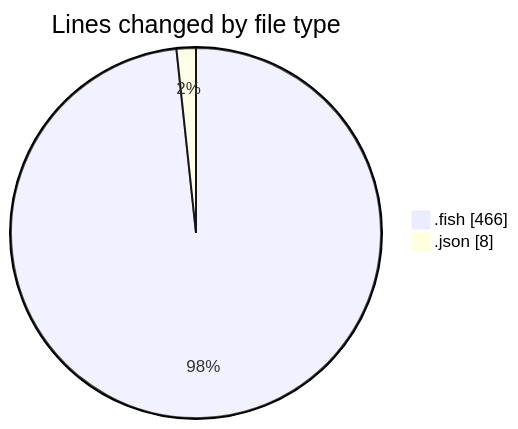
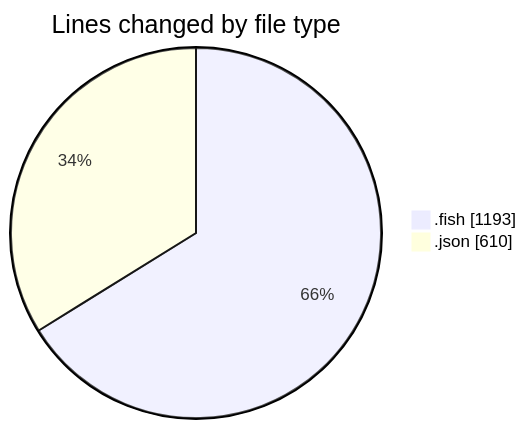
The first of 2 diagrams in 2025-07-11/fish/README.md (EIIisD/code-tracking), drawn with Mermaid before and after one commit. The commit also changed other lines of this file and 1 other file, not shown here.

````diff
--- a/2025-07-11/fish/README.md
+++ b/2025-07-11/fish/README.md
@@ -24,6 +24,6 @@
 ```mermaid
 pie showData
 title Lines changed by file type
-".fish" : 466
-".json" : 8
+".fish" : 1193
+".json" : 610
 ```
````
